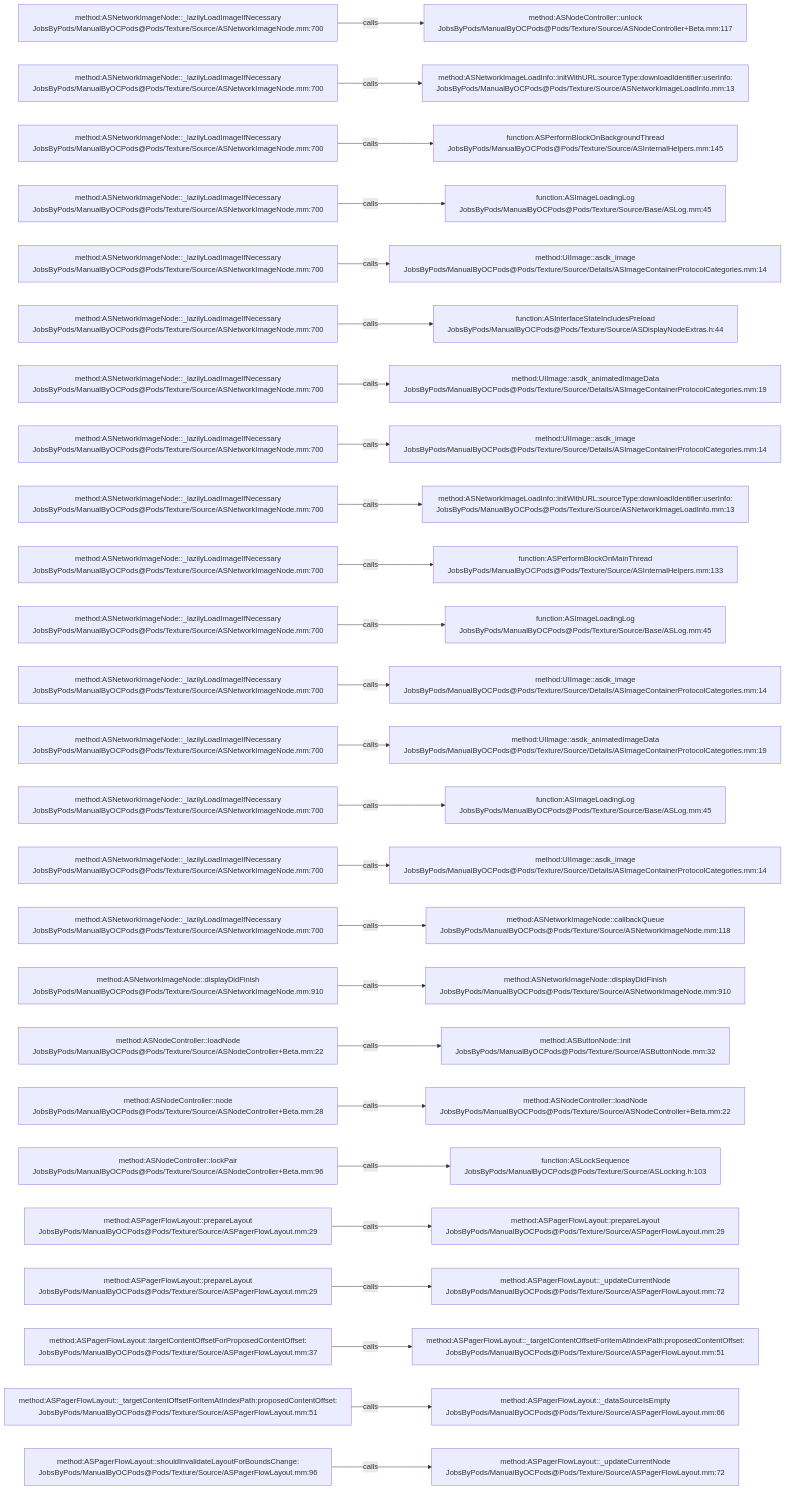
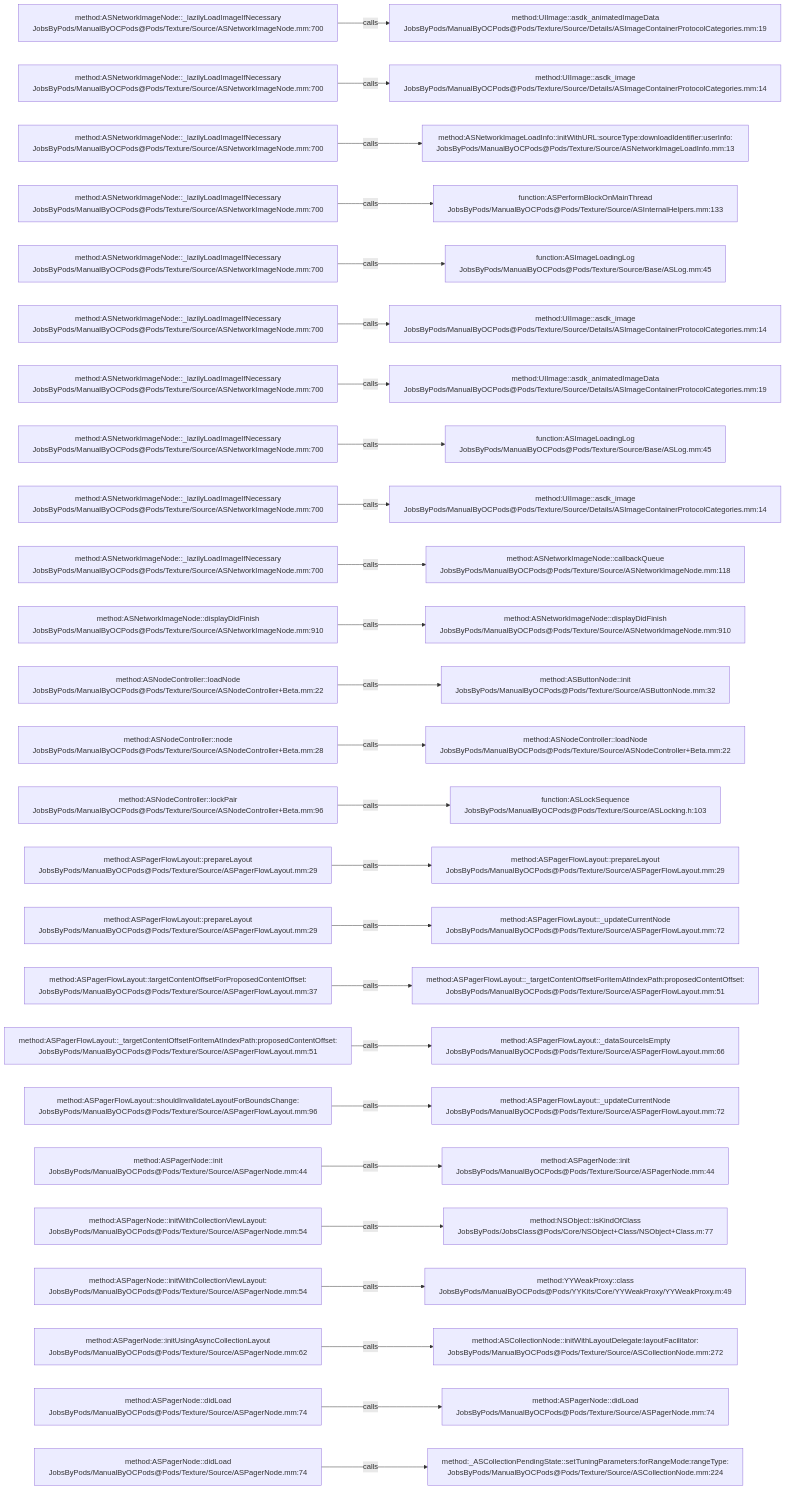
The diagram in .codegraph/codegraph.md/graphs/calls-111.md (JobsKits/JobsOCBaseConfigDemo), drawn with Mermaid before and after one commit. The commit also changed 666 other files, not shown here.

````diff
--- a/.codegraph/codegraph.md/graphs/calls-111.md
+++ b/.codegraph/codegraph.md/graphs/calls-111.md
@@ -13,78 +13,78 @@
 ```mermaid
 flowchart LR
   S1["method:ASNetworkImageNode::_lazilyLoadImageIfNecessary<br/>JobsByPods/ManualByOCPods@Pods/Texture/Source/ASNetworkImageNode.mm:700"]
-  T1["method:ASNodeController::unlock<br/>JobsByPods/ManualByOCPods@Pods/Texture/Source/ASNodeController+Beta.mm:117"]
+  T1["method:UIImage::asdk_animatedImageData<br/>JobsByPods/ManualByOCPods@Pods/Texture/Source/Details/ASImageContainerProtocolCategories.mm:19"]
   S1 -->|calls| T1
   S2["method:ASNetworkImageNode::_lazilyLoadImageIfNecessary<br/>JobsByPods/ManualByOCPods@Pods/Texture/Source/ASNetworkImageNode.mm:700"]
-  T2["method:ASNetworkImageLoadInfo::initWithURL:sourceType:downloadIdentifier:userInfo:<br/>JobsByPods/ManualByOCPods@Pods/Texture/Source/ASNetworkImageLoadInfo.mm:13"]
+  T2["method:UIImage::asdk_image<br/>JobsByPods/ManualByOCPods@Pods/Texture/Source/Details/ASImageContainerProtocolCategories.mm:14"]
   S2 -->|calls| T2
   S3["method:ASNetworkImageNode::_lazilyLoadImageIfNecessary<br/>JobsByPods/ManualByOCPods@Pods/Texture/Source/ASNetworkImageNode.mm:700"]
-  T3["function:ASPerformBlockOnBackgroundThread<br/>JobsByPods/ManualByOCPods@Pods/Texture/Source/ASInternalHelpers.mm:145"]
+  T3["method:ASNetworkImageLoadInfo::initWithURL:sourceType:downloadIdentifier:userInfo:<br/>JobsByPods/ManualByOCPods@Pods/Texture/Source/ASNetworkImageLoadInfo.mm:13"]
   S3 -->|calls| T3
   S4["method:ASNetworkImageNode::_lazilyLoadImageIfNecessary<br/>JobsByPods/ManualByOCPods@Pods/Texture/Source/ASNetworkImageNode.mm:700"]
-  T4["function:ASImageLoadingLog<br/>JobsByPods/ManualByOCPods@Pods/Texture/Source/Base/ASLog.mm:45"]
+  T4["function:ASPerformBlockOnMainThread<br/>JobsByPods/ManualByOCPods@Pods/Texture/Source/ASInternalHelpers.mm:133"]
   S4 -->|calls| T4
   S5["method:ASNetworkImageNode::_lazilyLoadImageIfNecessary<br/>JobsByPods/ManualByOCPods@Pods/Texture/Source/ASNetworkImageNode.mm:700"]
-  T5["method:UIImage::asdk_image<br/>JobsByPods/ManualByOCPods@Pods/Texture/Source/Details/ASImageContainerProtocolCategories.mm:14"]
+  T5["function:ASImageLoadingLog<br/>JobsByPods/ManualByOCPods@Pods/Texture/Source/Base/ASLog.mm:45"]
   S5 -->|calls| T5
   S6["method:ASNetworkImageNode::_lazilyLoadImageIfNecessary<br/>JobsByPods/ManualByOCPods@Pods/Texture/Source/ASNetworkImageNode.mm:700"]
-  T6["function:ASInterfaceStateIncludesPreload<br/>JobsByPods/ManualByOCPods@Pods/Texture/Source/ASDisplayNodeExtras.h:44"]
+  T6["method:UIImage::asdk_image<br/>JobsByPods/ManualByOCPods@Pods/Texture/Source/Details/ASImageContainerProtocolCategories.mm:14"]
   S6 -->|calls| T6
   S7["method:ASNetworkImageNode::_lazilyLoadImageIfNecessary<br/>JobsByPods/ManualByOCPods@Pods/Texture/Source/ASNetworkImageNode.mm:700"]
   T7["method:UIImage::asdk_animatedImageData<br/>JobsByPods/ManualByOCPods@Pods/Texture/Source/Details/ASImageContainerProtocolCategories.mm:19"]
   S7 -->|calls| T7
   S8["method:ASNetworkImageNode::_lazilyLoadImageIfNecessary<br/>JobsByPods/ManualByOCPods@Pods/Texture/Source/ASNetworkImageNode.mm:700"]
-  T8["method:UIImage::asdk_image<br/>JobsByPods/ManualByOCPods@Pods/Texture/Source/Details/ASImageContainerProtocolCategories.mm:14"]
+  T8["function:ASImageLoadingLog<br/>JobsByPods/ManualByOCPods@Pods/Texture/Source/Base/ASLog.mm:45"]
   S8 -->|calls| T8
   S9["method:ASNetworkImageNode::_lazilyLoadImageIfNecessary<br/>JobsByPods/ManualByOCPods@Pods/Texture/Source/ASNetworkImageNode.mm:700"]
-  T9["method:ASNetworkImageLoadInfo::initWithURL:sourceType:downloadIdentifier:userInfo:<br/>JobsByPods/ManualByOCPods@Pods/Texture/Source/ASNetworkImageLoadInfo.mm:13"]
+  T9["method:UIImage::asdk_image<br/>JobsByPods/ManualByOCPods@Pods/Texture/Source/Details/ASImageContainerProtocolCategories.mm:14"]
   S9 -->|calls| T9
   S10["method:ASNetworkImageNode::_lazilyLoadImageIfNecessary<br/>JobsByPods/ManualByOCPods@Pods/Texture/Source/ASNetworkImageNode.mm:700"]
-  T10["function:ASPerformBlockOnMainThread<br/>JobsByPods/ManualByOCPods@Pods/Texture/Source/ASInternalHelpers.mm:133"]
+  T10["method:ASNetworkImageNode::callbackQueue<br/>JobsByPods/ManualByOCPods@Pods/Texture/Source/ASNetworkImageNode.mm:118"]
   S10 -->|calls| T10
-  S11["method:ASNetworkImageNode::_lazilyLoadImageIfNecessary<br/>JobsByPods/ManualByOCPods@Pods/Texture/Source/ASNetworkImageNode.mm:700"]
-  T11["function:ASImageLoadingLog<br/>JobsByPods/ManualByOCPods@Pods/Texture/Source/Base/ASLog.mm:45"]
+  S11["method:ASNetworkImageNode::displayDidFinish<br/>JobsByPods/ManualByOCPods@Pods/Texture/Source/ASNetworkImageNode.mm:910"]
+  T11["method:ASNetworkImageNode::displayDidFinish<br/>JobsByPods/ManualByOCPods@Pods/Texture/Source/ASNetworkImageNode.mm:910"]
   S11 -->|calls| T11
-  S12["method:ASNetworkImageNode::_lazilyLoadImageIfNecessary<br/>JobsByPods/ManualByOCPods@Pods/Texture/Source/ASNetworkImageNode.mm:700"]
-  T12["method:UIImage::asdk_image<br/>JobsByPods/ManualByOCPods@Pods/Texture/Source/Details/ASImageContainerProtocolCategories.mm:14"]
+  S12["method:ASNodeController::loadNode<br/>JobsByPods/ManualByOCPods@Pods/Texture/Source/ASNodeController+Beta.mm:22"]
+  T12["method:ASButtonNode::init<br/>JobsByPods/ManualByOCPods@Pods/Texture/Source/ASButtonNode.mm:32"]
   S12 -->|calls| T12
-  S13["method:ASNetworkImageNode::_lazilyLoadImageIfNecessary<br/>JobsByPods/ManualByOCPods@Pods/Texture/Source/ASNetworkImageNode.mm:700"]
-  T13["method:UIImage::asdk_animatedImageData<br/>JobsByPods/ManualByOCPods@Pods/Texture/Source/Details/ASImageContainerProtocolCategories.mm:19"]
+  S13["method:ASNodeController::node<br/>JobsByPods/ManualByOCPods@Pods/Texture/Source/ASNodeController+Beta.mm:28"]
+  T13["method:ASNodeController::loadNode<br/>JobsByPods/ManualByOCPods@Pods/Texture/Source/ASNodeController+Beta.mm:22"]
   S13 -->|calls| T13
-  S14["method:ASNetworkImageNode::_lazilyLoadImageIfNecessary<br/>JobsByPods/ManualByOCPods@Pods/Texture/Source/ASNetworkImageNode.mm:700"]
-  T14["function:ASImageLoadingLog<br/>JobsByPods/ManualByOCPods@Pods/Texture/Source/Base/ASLog.mm:45"]
+  S14["method:ASNodeController::lockPair<br/>JobsByPods/ManualByOCPods@Pods/Texture/Source/ASNodeController+Beta.mm:96"]
+  T14["function:ASLockSequence<br/>JobsByPods/ManualByOCPods@Pods/Texture/Source/ASLocking.h:103"]
   S14 -->|calls| T14
-  S15["method:ASNetworkImageNode::_lazilyLoadImageIfNecessary<br/>JobsByPods/ManualByOCPods@Pods/Texture/Source/ASNetworkImageNode.mm:700"]
-  T15["method:UIImage::asdk_image<br/>JobsByPods/ManualByOCPods@Pods/Texture/Source/Details/ASImageContainerProtocolCategories.mm:14"]
+  S15["method:ASPagerFlowLayout::prepareLayout<br/>JobsByPods/ManualByOCPods@Pods/Texture/Source/ASPagerFlowLayout.mm:29"]
+  T15["method:ASPagerFlowLayout::prepareLayout<br/>JobsByPods/ManualByOCPods@Pods/Texture/Source/ASPagerFlowLayout.mm:29"]
   S15 -->|calls| T15
-  S16["method:ASNetworkImageNode::_lazilyLoadImageIfNecessary<br/>JobsByPods/ManualByOCPods@Pods/Texture/Source/ASNetworkImageNode.mm:700"]
-  T16["method:ASNetworkImageNode::callbackQueue<br/>JobsByPods/ManualByOCPods@Pods/Texture/Source/ASNetworkImageNode.mm:118"]
+  S16["method:ASPagerFlowLayout::prepareLayout<br/>JobsByPods/ManualByOCPods@Pods/Texture/Source/ASPagerFlowLayout.mm:29"]
+  T16["method:ASPagerFlowLayout::_updateCurrentNode<br/>JobsByPods/ManualByOCPods@Pods/Texture/Source/ASPagerFlowLayout.mm:72"]
   S16 -->|calls| T16
-  S17["method:ASNetworkImageNode::displayDidFinish<br/>JobsByPods/ManualByOCPods@Pods/Texture/Source/ASNetworkImageNode.mm:910"]
-  T17["method:ASNetworkImageNode::displayDidFinish<br/>JobsByPods/ManualByOCPods@Pods/Texture/Source/ASNetworkImageNode.mm:910"]
+  S17["method:ASPagerFlowLayout::targetContentOffsetForProposedContentOffset:<br/>JobsByPods/ManualByOCPods@Pods/Texture/Source/ASPagerFlowLayout.mm:37"]
+  T17["method:ASPagerFlowLayout::_targetContentOffsetForItemAtIndexPath:proposedContentOffset:<br/>JobsByPods/ManualByOCPods@Pods/Texture/Source/ASPagerFlowLayout.mm:51"]
   S17 -->|calls| T17
-  S18["method:ASNodeController::loadNode<br/>JobsByPods/ManualByOCPods@Pods/Texture/Source/ASNodeController+Beta.mm:22"]
-  T18["method:ASButtonNode::init<br/>JobsByPods/ManualByOCPods@Pods/Texture/Source/ASButtonNode.mm:32"]
+  S18["method:ASPagerFlowLayout::_targetContentOffsetForItemAtIndexPath:proposedContentOffset:<br/>JobsByPods/ManualByOCPods@Pods/Texture/Source/ASPagerFlowLayout.mm:51"]
+  T18["method:ASPagerFlowLayout::_dataSourceIsEmpty<br/>JobsByPods/ManualByOCPods@Pods/Texture/Source/ASPagerFlowLayout.mm:66"]
   S18 -->|calls| T18
-  S19["method:ASNodeController::node<br/>JobsByPods/ManualByOCPods@Pods/Texture/Source/ASNodeController+Beta.mm:28"]
-  T19["method:ASNodeController::loadNode<br/>JobsByPods/ManualByOCPods@Pods/Texture/Source/ASNodeController+Beta.mm:22"]
+  S19["method:ASPagerFlowLayout::shouldInvalidateLayoutForBoundsChange:<br/>JobsByPods/ManualByOCPods@Pods/Texture/Source/ASPagerFlowLayout.mm:96"]
+  T19["method:ASPagerFlowLayout::_updateCurrentNode<br/>JobsByPods/ManualByOCPods@Pods/Texture/Source/ASPagerFlowLayout.mm:72"]
   S19 -->|calls| T19
-  S20["method:ASNodeController::lockPair<br/>JobsByPods/ManualByOCPods@Pods/Texture/Source/ASNodeController+Beta.mm:96"]
-  T20["function:ASLockSequence<br/>JobsByPods/ManualByOCPods@Pods/Texture/Source/ASLocking.h:103"]
+  S20["method:ASPagerNode::init<br/>JobsByPods/ManualByOCPods@Pods/Texture/Source/ASPagerNode.mm:44"]
+  T20["method:ASPagerNode::init<br/>JobsByPods/ManualByOCPods@Pods/Texture/Source/ASPagerNode.mm:44"]
   S20 -->|calls| T20
-  S21["method:ASPagerFlowLayout::prepareLayout<br/>JobsByPods/ManualByOCPods@Pods/Texture/Source/ASPagerFlowLayout.mm:29"]
-  T21["method:ASPagerFlowLayout::prepareLayout<br/>JobsByPods/ManualByOCPods@Pods/Texture/Source/ASPagerFlowLayout.mm:29"]
+  S21["method:ASPagerNode::initWithCollectionViewLayout:<br/>JobsByPods/ManualByOCPods@Pods/Texture/Source/ASPagerNode.mm:54"]
+  T21["method:NSObject::isKindOfClass<br/>JobsByPods/JobsClass@Pods/Core/NSObject+Class/NSObject+Class.m:77"]
   S21 -->|calls| T21
-  S22["method:ASPagerFlowLayout::prepareLayout<br/>JobsByPods/ManualByOCPods@Pods/Texture/Source/ASPagerFlowLayout.mm:29"]
-  T22["method:ASPagerFlowLayout::_updateCurrentNode<br/>JobsByPods/ManualByOCPods@Pods/Texture/Source/ASPagerFlowLayout.mm:72"]
+  S22["method:ASPagerNode::initWithCollectionViewLayout:<br/>JobsByPods/ManualByOCPods@Pods/Texture/Source/ASPagerNode.mm:54"]
+  T22["method:YYWeakProxy::class<br/>JobsByPods/ManualByOCPods@Pods/YYKits/Core/YYWeakProxy/YYWeakProxy.m:49"]
   S22 -->|calls| T22
-  S23["method:ASPagerFlowLayout::targetContentOffsetForProposedContentOffset:<br/>JobsByPods/ManualByOCPods@Pods/Texture/Source/ASPagerFlowLayout.mm:37"]
-  T23["method:ASPagerFlowLayout::_targetContentOffsetForItemAtIndexPath:proposedContentOffset:<br/>JobsByPods/ManualByOCPods@Pods/Texture/Source/ASPagerFlowLayout.mm:51"]
+  S23["method:ASPagerNode::initUsingAsyncCollectionLayout<br/>JobsByPods/ManualByOCPods@Pods/Texture/Source/ASPagerNode.mm:62"]
+  T23["method:ASCollectionNode::initWithLayoutDelegate:layoutFacilitator:<br/>JobsByPods/ManualByOCPods@Pods/Texture/Source/ASCollectionNode.mm:272"]
   S23 -->|calls| T23
-  S24["method:ASPagerFlowLayout::_targetContentOffsetForItemAtIndexPath:proposedContentOffset:<br/>JobsByPods/ManualByOCPods@Pods/Texture/Source/ASPagerFlowLayout.mm:51"]
-  T24["method:ASPagerFlowLayout::_dataSourceIsEmpty<br/>JobsByPods/ManualByOCPods@Pods/Texture/Source/ASPagerFlowLayout.mm:66"]
+  S24["method:ASPagerNode::didLoad<br/>JobsByPods/ManualByOCPods@Pods/Texture/Source/ASPagerNode.mm:74"]
+  T24["method:ASPagerNode::didLoad<br/>JobsByPods/ManualByOCPods@Pods/Texture/Source/ASPagerNode.mm:74"]
   S24 -->|calls| T24
-  S25["method:ASPagerFlowLayout::shouldInvalidateLayoutForBoundsChange:<br/>JobsByPods/ManualByOCPods@Pods/Texture/Source/ASPagerFlowLayout.mm:96"]
-  T25["method:ASPagerFlowLayout::_updateCurrentNode<br/>JobsByPods/ManualByOCPods@Pods/Texture/Source/ASPagerFlowLayout.mm:72"]
+  S25["method:ASPagerNode::didLoad<br/>JobsByPods/ManualByOCPods@Pods/Texture/Source/ASPagerNode.mm:74"]
+  T25["method:_ASCollectionPendingState::setTuningParameters:forRangeMode:rangeType:<br/>JobsByPods/ManualByOCPods@Pods/Texture/Source/ASCollectionNode.mm:224"]
   S25 -->|calls| T25
 ```
````
